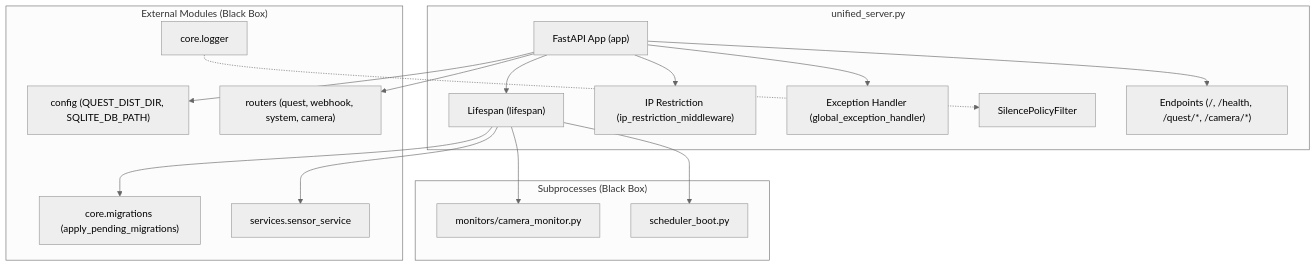
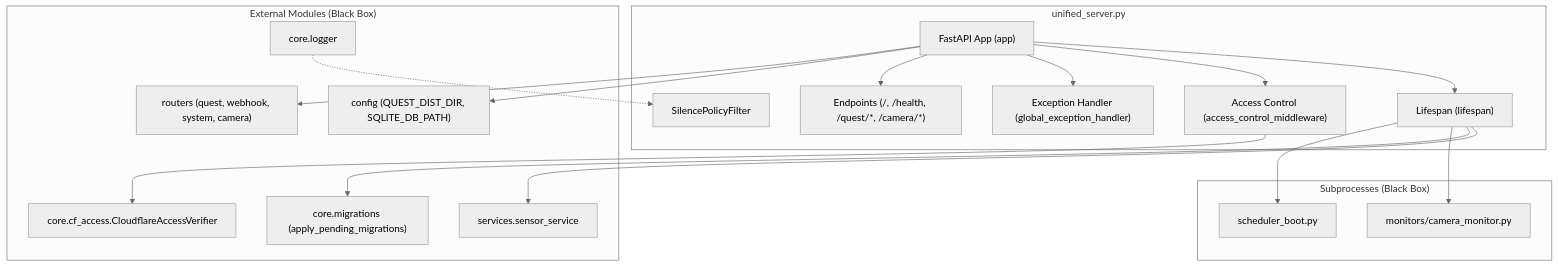
Before and after one commit to mmtigers/my_python_project: the second of 2 diagrams in docs/specifications/MY_HOME_SYSTEM/unified_server.md, drawn with Mermaid (neutral theme). The commit also changed other lines of this file, not shown here.

````diff
--- a/docs/specifications/MY_HOME_SYSTEM/unified_server.md
+++ b/docs/specifications/MY_HOME_SYSTEM/unified_server.md
@@ -294,40 +298,42 @@
 ```mermaid
 graph TD
     subgraph "unified_server.py"
         App["FastAPI App (app)"]
         Lifespan["Lifespan (lifespan)"]
-        Middleware["IP Restriction (ip_restriction_middleware)"]
+        Middleware["Access Control (access_control_middleware)"]
         ExceptionH["Exception Handler (global_exception_handler)"]
         LogFilter["SilencePolicyFilter"]
         Endpoints["Endpoints (/, /health, /quest/*, /camera/*)"]
     end
 
     App --> Lifespan
     App --> Middleware
     App --> ExceptionH
     App --> Endpoints
 
     subgraph "External Modules (Black Box)"
         Config["config (QUEST_DIST_DIR, SQLITE_DB_PATH)"]
         Logger["core.logger"]
         Migrations["core.migrations (apply_pending_migrations)"]
         Sensors["services.sensor_service"]
         Routers["routers (quest, webhook, system, camera)"]
+        CFAccess["core.cf_access.CloudflareAccessVerifier"]
     end
 
     subgraph "Subprocesses (Black Box)"
         Camera["monitors/camera_monitor.py"]
         Scheduler["scheduler_boot.py"]
     end
 
     App --> Config
     Lifespan --> Sensors
     Lifespan --> Migrations
     App --> Routers
+    Middleware --> CFAccess
     
     Lifespan --> Camera
     Lifespan --> Scheduler
     
     Logger -.-> LogFilter
 
 ```
````
